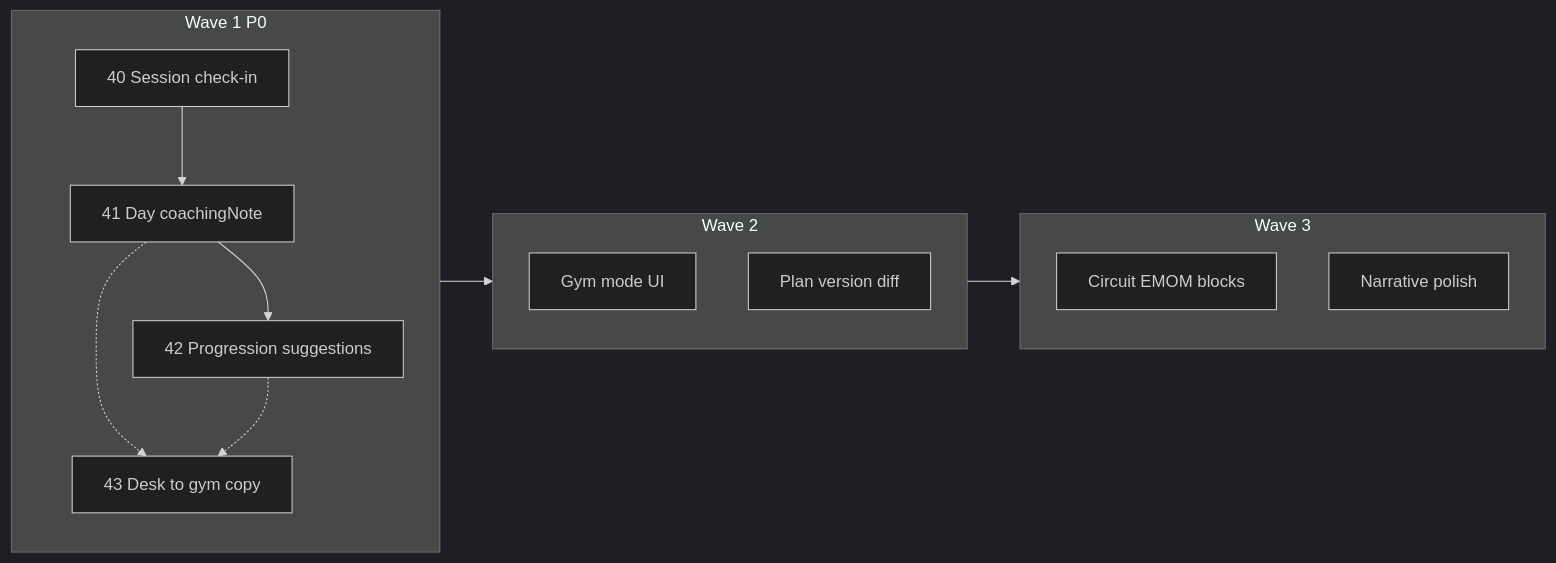
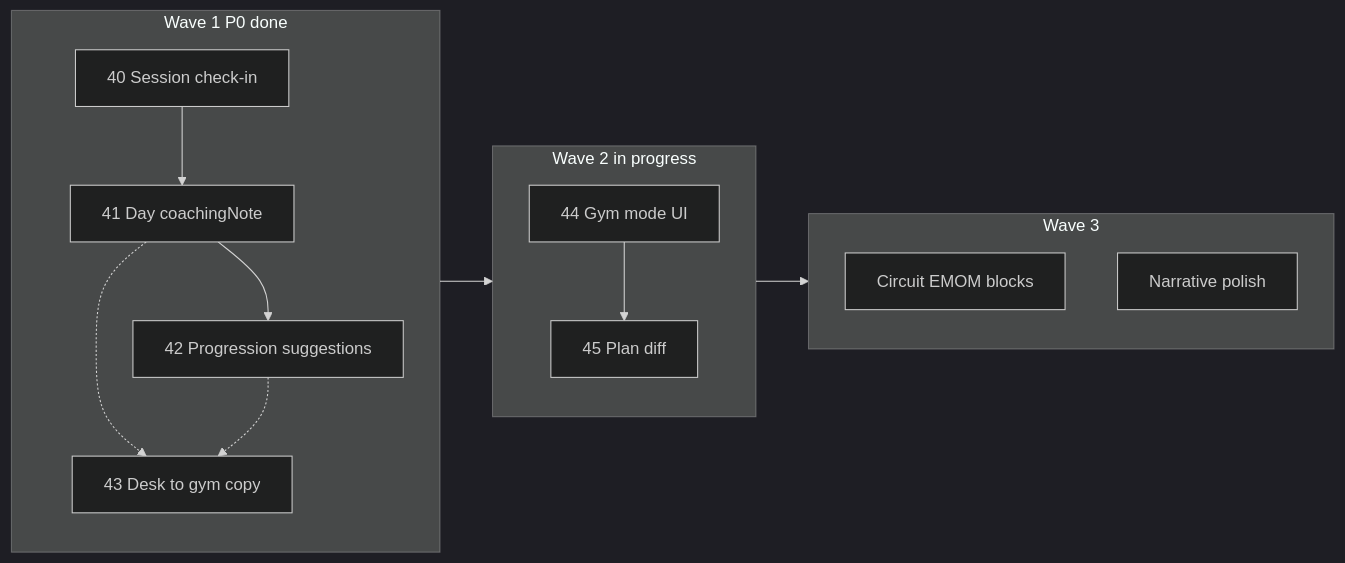
One commit to edar-dev/powercoach-studio changed the diagram in .cursor/plans/feature-roadmap-v7.plan.md. Above: the diagram before and after it, drawn with Mermaid (dark theme). The commit also changed other lines of this file and 7 other files, not shown here.

Commit message:
docs(plans): complete Wave 1 and add Wave 2 gym mode + plan diff

````diff
--- a/.cursor/plans/feature-roadmap-v7.plan.md
+++ b/.cursor/plans/feature-roadmap-v7.plan.md
@@ -52,21 +58,22 @@
 ```mermaid
 flowchart LR
-  subgraph wave1 [Wave 1 P0]
+  subgraph wave1 [Wave 1 P0 done]
     F40[40 Session check-in]
     F41[41 Day coachingNote]
     F42[42 Progression suggestions]
     F43[43 Desk to gym copy]
   end
-  subgraph wave2 [Wave 2]
-    gymMode[Gym mode UI]
-    planDiff[Plan version diff]
+  subgraph wave2 [Wave 2 in progress]
+    F44[44 Gym mode UI]
+    F45[45 Plan diff]
   end
   subgraph wave3 [Wave 3]
     density[Circuit EMOM blocks]
     narrative[Narrative polish]
   end
   F40 --> F41 --> F42
   F41 -.-> F43
   F42 -.-> F43
   wave1 --> wave2 --> wave3
+  F44 --> F45
 ```
````
